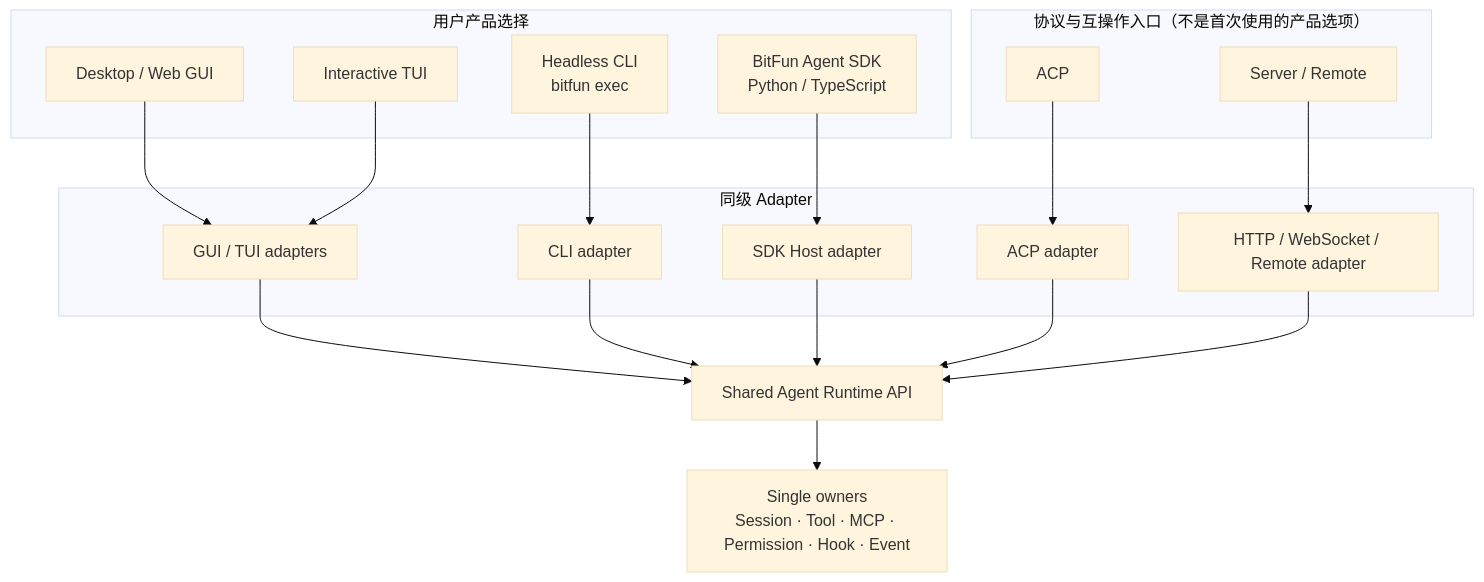
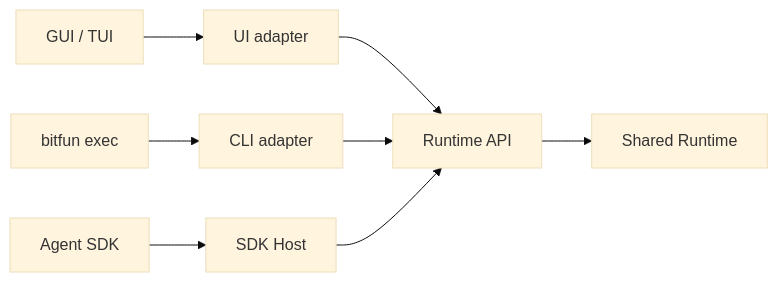
Before and after one commit to 1688mengdie/BitFun: the fourth of 12 diagrams in docs/architecture/agent-sdk-product-architecture.md, drawn with Mermaid (base theme). The commit also changed other lines of this file and 61 other files, not shown here.

````diff
--- a/docs/architecture/agent-sdk-product-architecture.md
+++ b/docs/architecture/agent-sdk-product-architecture.md
@@ -169,38 +173,10 @@
 ```mermaid
-flowchart TB
-  subgraph Public["用户产品选择"]
-    GUI["Desktop / Web GUI"]
-    TUI["Interactive TUI"]
-    CLI["Headless CLI\nbitfun exec"]
-    SDK["BitFun Agent SDK\nPython / TypeScript"]
-  end
-
-  subgraph Interop["协议与互操作入口（不是首次使用的产品选项）"]
-    ACP["ACP"]
-    Remote["Server / Remote"]
-  end
-
-  subgraph Adapters["同级 Adapter"]
-    UIA["GUI / TUI adapters"]
-    CLIA["CLI adapter"]
-    SDKA["SDK Host adapter"]
-    ACPA["ACP adapter"]
-    RemoteA["HTTP / WebSocket / Remote adapter"]
-  end
-
-  API["Shared Agent Runtime API"]
-  Owners["Single owners\nSession · Tool · MCP · Permission · Hook · Event"]
-
-  GUI --> UIA
-  TUI --> UIA
-  CLI --> CLIA
-  SDK --> SDKA
-  ACP --> ACPA
-  Remote --> RemoteA
-  UIA --> API
+flowchart LR
+  GUI["GUI / TUI"] --> UIA["UI adapter"]
+  CLI["bitfun exec"] --> CLIA["CLI adapter"]
+  SDK["Agent SDK"] --> SDKA["SDK Host"]
+  UIA --> API["Runtime API"]
   CLIA --> API
   SDKA --> API
-  ACPA --> API
-  RemoteA --> API
-  API --> Owners
+  API --> Runtime["Shared Runtime"]
 ```
````
